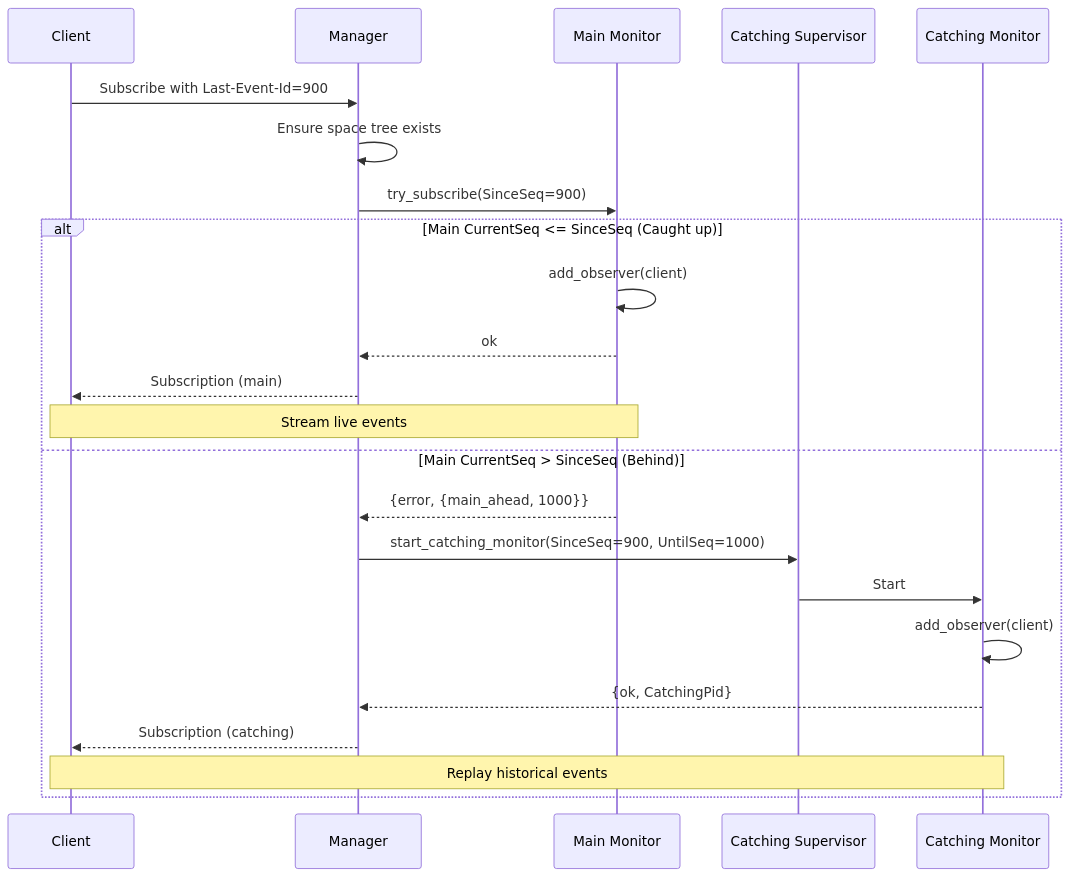
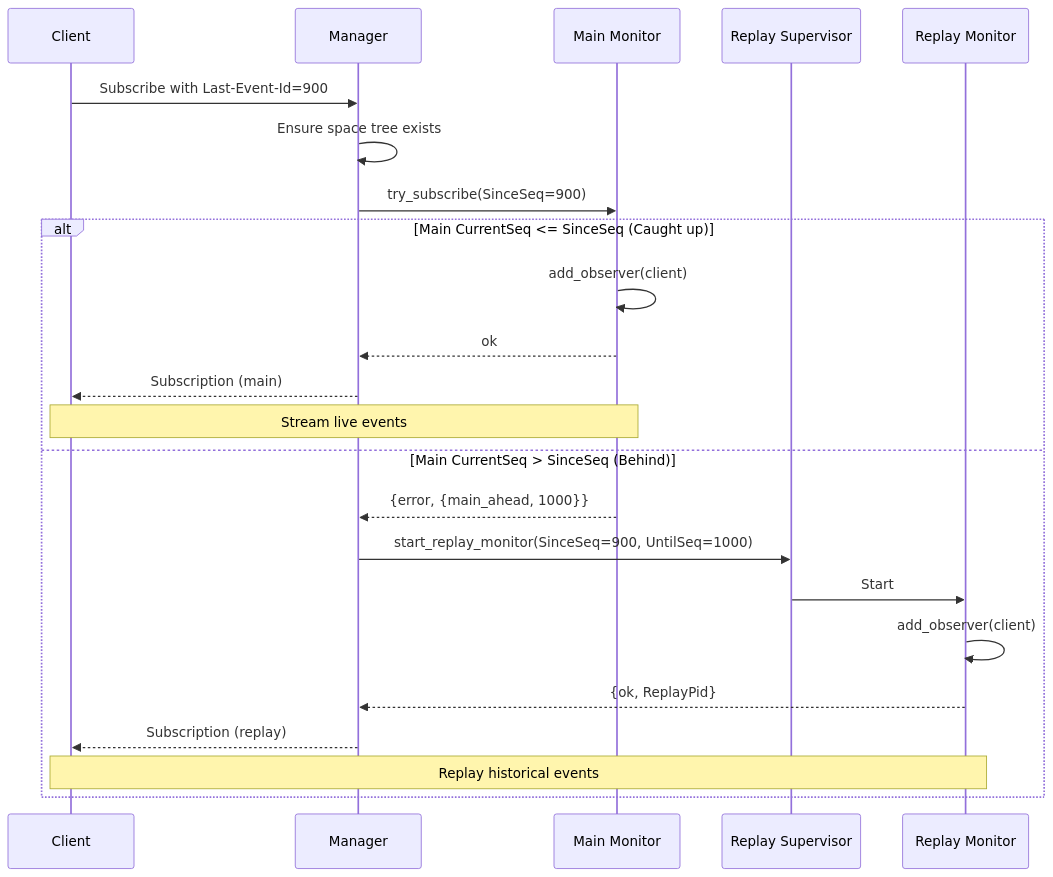
Before and after one commit to onedata/op-worker: the second of 8 diagrams in doc/design/files_monitoring/reconnection.md, drawn with Mermaid. The commit also changed other lines of this file and 12 other files, not shown here.

Commit message:
VFS-12887 Rename catching monitor to replay monitor

````diff
--- a/doc/design/files_monitoring/reconnection.md
+++ b/doc/design/files_monitoring/reconnection.md
@@ -113,28 +113,28 @@
 ```mermaid
 sequenceDiagram
     participant C as Client
     participant Mgr as Manager
     participant Main as Main Monitor
-    participant CS as Catching Supervisor
-    participant Catch as Catching Monitor
+    participant RS as Replay Supervisor
+    participant Replay as Replay Monitor
     
     C->>Mgr: Subscribe with Last-Event-Id=900
     Mgr->>Mgr: Ensure space tree exists
     Mgr->>Main: try_subscribe(SinceSeq=900)
     
     alt Main CurrentSeq <= SinceSeq (Caught up)
         Main->>Main: add_observer(client)
         Main-->>Mgr: ok
         Mgr-->>C: Subscription (main)
         Note over C,Main: Stream live events
         
     else Main CurrentSeq > SinceSeq (Behind)
         Main-->>Mgr: {error, {main_ahead, 1000}}
-        Mgr->>CS: start_catching_monitor(SinceSeq=900, UntilSeq=1000)
-        CS->>Catch: Start
-        Catch->>Catch: add_observer(client)
-        Catch-->>Mgr: {ok, CatchingPid}
-        Mgr-->>C: Subscription (catching)
-        Note over C,Catch: Replay historical events
+        Mgr->>RS: start_replay_monitor(SinceSeq=900, UntilSeq=1000)
+        RS->>Replay: Start
+        Replay->>Replay: add_observer(client)
+        Replay-->>Mgr: {ok, ReplayPid}
+        Mgr-->>C: Subscription (replay)
+        Note over C,Replay: Replay historical events
     end
 ```
````
